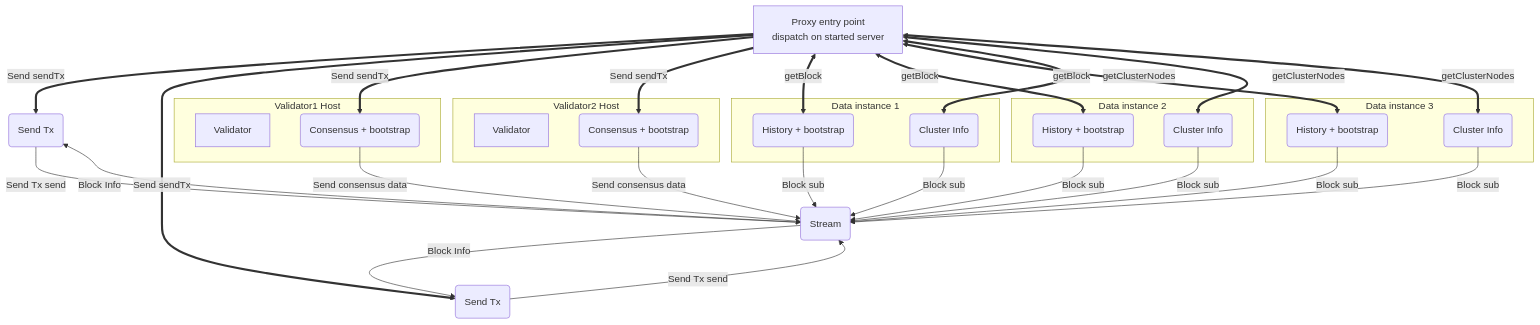
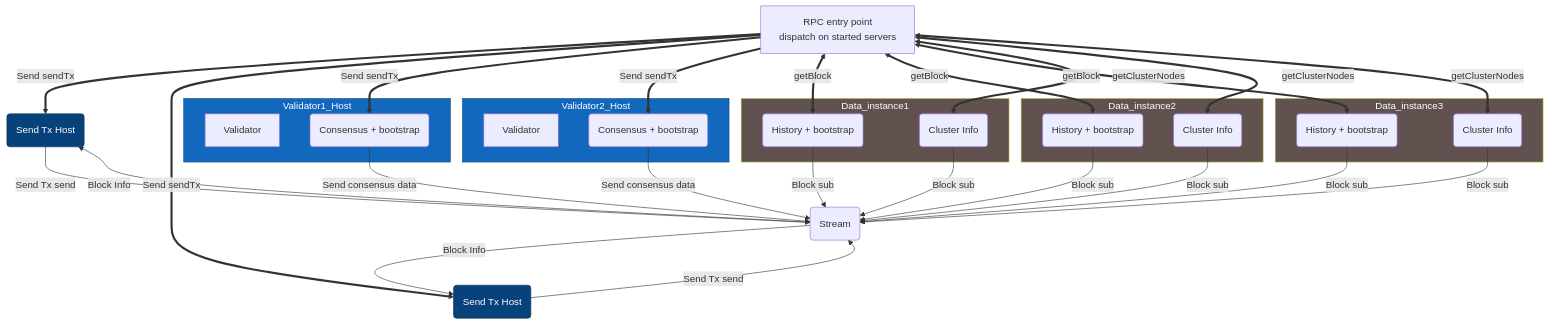
Before and after one commit to zacharywing303-art/transaction: the third of 3 diagrams in docs/architecture.md, drawn with Mermaid. The commit also changed other lines of this file, not shown here.

Commit message:
some corrections

````diff
--- a/docs/architecture.md
+++ b/docs/architecture.md
@@ -185,68 +189,72 @@
 ```mermaid
 flowchart TD
-    SendTx1("Send Tx")
-    SendTx2("Send Tx")
-    subgraph Data instance 1
+    SendTx1("Send Tx Host")
+    SendTx2("Send Tx Host")
+    subgraph Data_instance1
         History1("History + bootstrap")
         Cluster1("Cluster Info")
     end
-    subgraph Data instance 2
+    subgraph Data_instance2
         History2("History + bootstrap")
         Cluster2("Cluster Info")
     end
-    subgraph Data instance 3
+    subgraph Data_instance3
         History3("History + bootstrap")
         Cluster3("Cluster Info")
     end
 
-    subgraph Validator1 Host
+    subgraph Validator1_Host
         Validator1["Validator"]
         Consensus1("Consensus + bootstrap")
     end
-    subgraph Validator2 Host
+    subgraph Validator2_Host
         Validator2["Validator"]
         Consensus2("Consensus + bootstrap")
     end
 
-    RPC["Proxy entry point
-        dispatch on started server"]
+    RPC["RPC entry point
+        dispatch on started servers"]
 
     Stream("Stream")
 
     RPC== "Send sendTx" ==>SendTx1
     RPC== "Send sendTx" ==>SendTx2
     SendTx1-- "Send Tx send" -->Stream
     SendTx2-- "Send Tx send" -->Stream
     Stream-- "Block Info" -->SendTx1
     Stream-- "Block Info" -->SendTx2
 
     Consensus1-- "Send consensus data" -->Stream
     Consensus2-- "Send consensus data" -->Stream
     RPC== "Send sendTx" ==>Consensus1
     RPC== "Send sendTx" ==>Consensus2
 
     History1-- "Block sub" -->Stream
     History2-- "Block sub" -->Stream
     History3-- "Block sub" -->Stream
     RPC<== "getBlock" ==>History1
     RPC<== "getBlock" ==>History2
     RPC<== "getBlock" ==>History3
 
     Cluster1-- "Block sub" -->Stream
     Cluster2-- "Block sub" -->Stream
     Cluster3-- "Block sub" -->Stream
     RPC<== "getClusterNodes" ==>Cluster1
     RPC<== "getClusterNodes" ==>Cluster2
     RPC<== "getClusterNodes" ==>Cluster3
 
     classDef consensus fill:#1168bd,stroke:#0b4884,color:#ffffff
     classDef history fill:#666,stroke:#0b4884,color:#ffffff
     classDef sendtx fill:#08427b,stroke:#052e56,color:#ffffff
     classDef redgray fill:#62524F, color:#fff
     classDef greengray fill:#4F625B, color:#fff
 
-    class SendTx sendtx
-    class History redgray
-    class Consensus consensus
+    class SendTx1 sendtx
+    class SendTx2 sendtx
+    class Data_instance1 redgray
+    class Data_instance2 redgray
+    class Data_instance3 redgray
+    class Validator1_Host consensus
+    class Validator2_Host consensus
     class Cluster greengray
 ```
````
